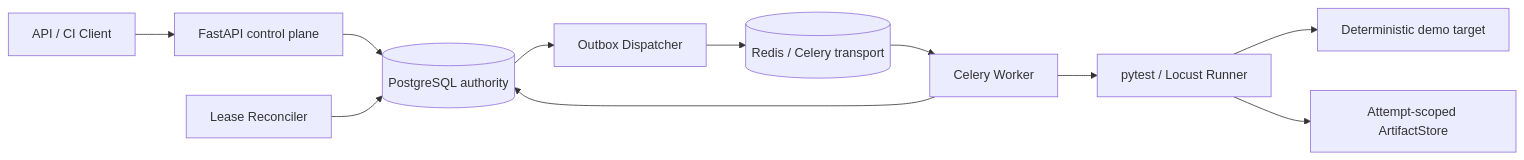
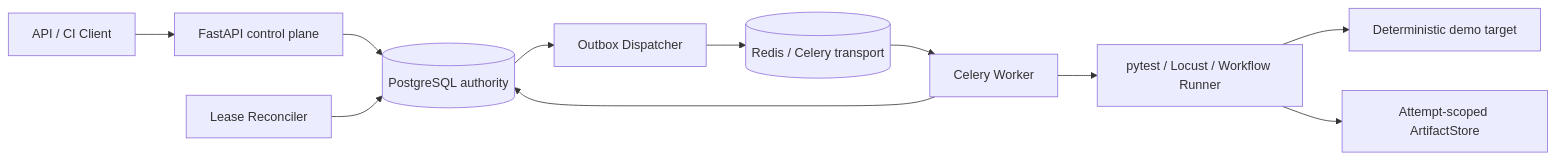
Before and after one commit to liuyaohui666/Quality-flow: the diagram in README.md, drawn with Mermaid. The commit also changed other lines of this file and 10 other files, not shown here.

````diff
--- a/README.md
+++ b/README.md
@@ -21,13 +21,13 @@
 ```mermaid
 flowchart LR
     Client["API / CI Client"] --> API["FastAPI control plane"]
     API --> PG[("PostgreSQL authority")]
     PG --> Dispatcher["Outbox Dispatcher"]
     Dispatcher --> Redis[("Redis / Celery transport")]
     Redis --> Worker["Celery Worker"]
-    Worker --> Runner["pytest / Locust Runner"]
+    Worker --> Runner["pytest / Locust / Workflow Runner"]
     Runner --> Target["Deterministic demo target"]
     Runner --> Store["Attempt-scoped ArtifactStore"]
     Worker --> PG
     Reconciler["Lease Reconciler"] --> PG
 ```
````
